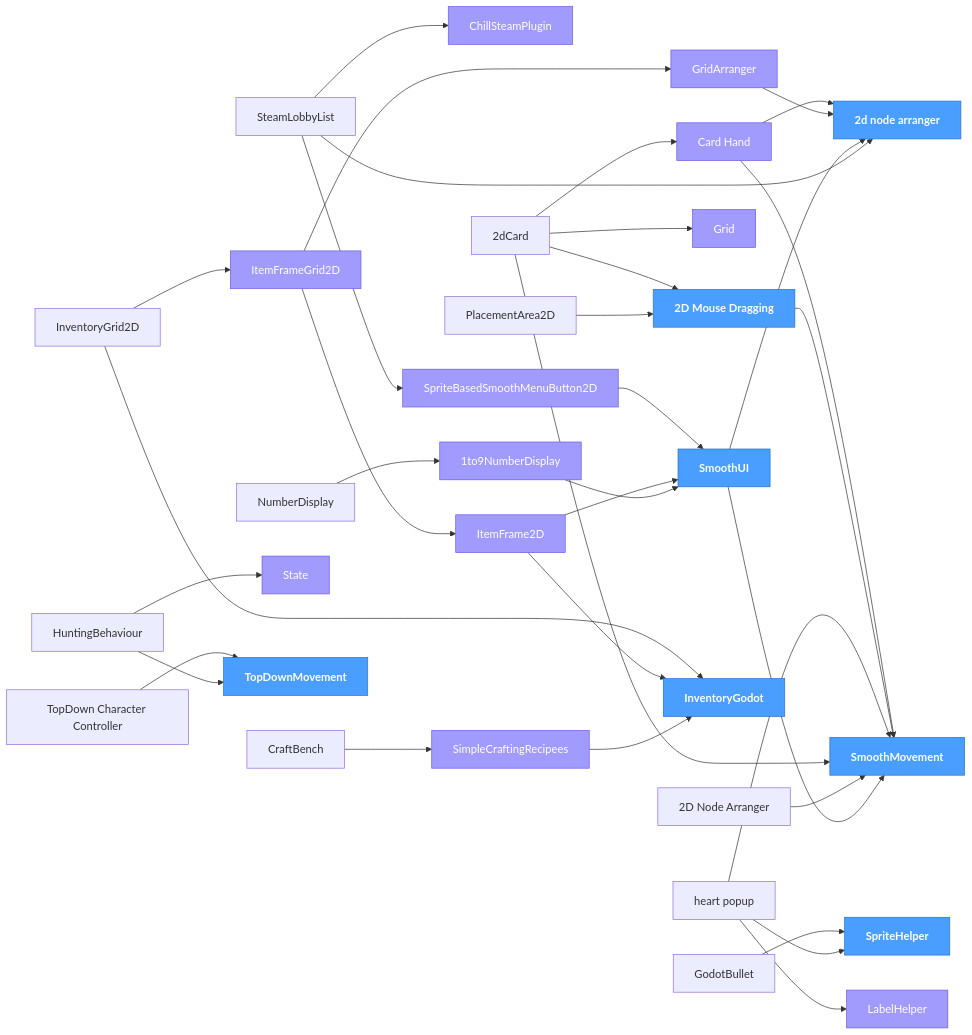
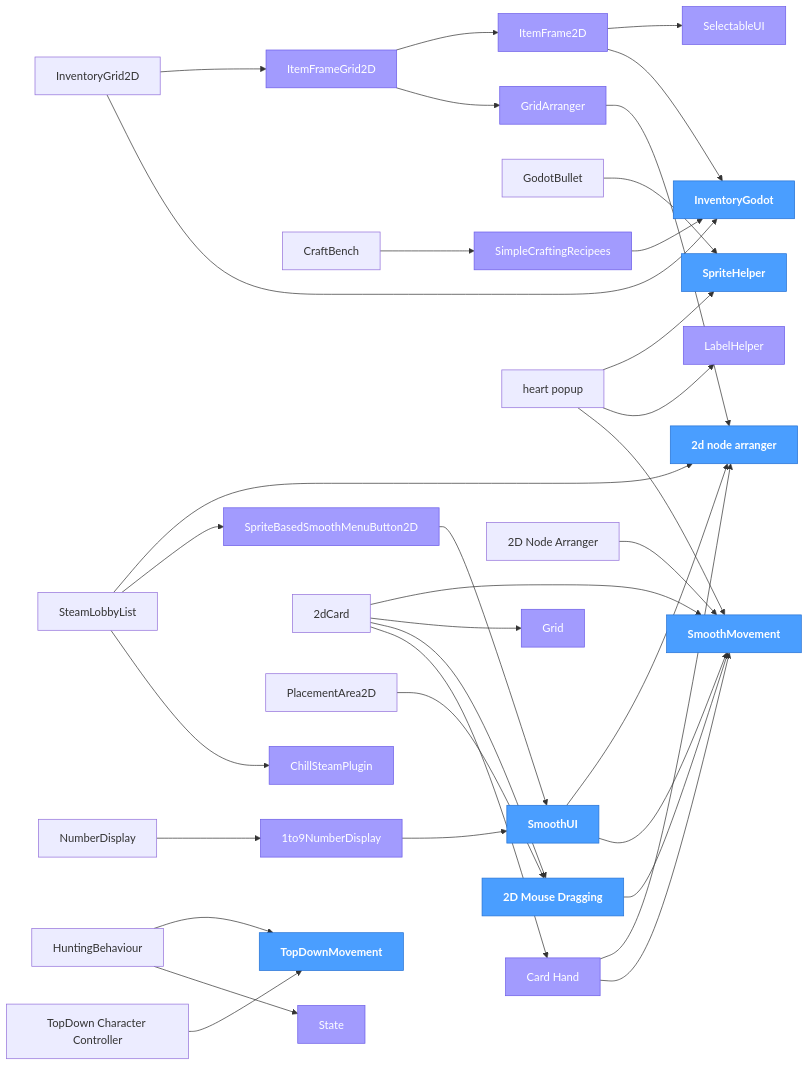
One commit to ChillCube/.github changed the diagram in ADDONS.md. Above: the diagram before and after it, drawn with Mermaid. The commit also changed other lines of this file, not shown here.

Commit message:
registry: update dependency tree

```diff
--- a/ADDONS.md
+++ b/ADDONS.md
@@ -144,6 +145,7 @@
     n_2D_Node_Arranger["2D Node Arranger"]
     NumberDisplay["NumberDisplay"]
     PlacementArea2D["PlacementArea2D"]
+    SelectableUI["SelectableUI"]
     SimpleCraftingRecipees["SimpleCraftingRecipees"]
     SmoothUI["SmoothUI"]
     SpriteHelper["SpriteHelper"]
@@ -167,7 +169,7 @@
     InventoryGrid2D --> InventoryGodot
     InventoryGrid2D --> ItemFrameGrid2D
     ItemFrame2D --> InventoryGodot
-    ItemFrame2D --> SmoothUI
+    ItemFrame2D --> SelectableUI
     ItemFrameGrid2D --> GridArranger
     ItemFrameGrid2D --> ItemFrame2D
     n_1to9NumberDisplay --> SmoothUI
@@ -198,6 +200,7 @@
     class LabelHelper shared
     class n_1to9NumberDisplay shared
     class n_2d_node_arranger core
+    class SelectableUI shared
     class SimpleCraftingRecipees shared
     class SmoothUI core
     class SpriteHelper core
@@ -227,6 +230,7 @@
     click n_2D_Node_Arranger href "https://github.com/ChillCube/2d_node_arranger" _blank
     click NumberDisplay href "https://github.com/ChillCube/NumberDisplay" _blank
     click PlacementArea2D href "https://github.com/ChillCube/PlacementArea2D" _blank
+    click SelectableUI href "https://github.com/ChillCube/SelectableUI" _blank
     click SimpleCraftingRecipees href "https://github.com/ChillCube/SimpleCraftingRecipees" _blank
     click SmoothUI href "https://github.com/ChillCube/SmoothUI" _blank
     click SpriteHelper href "https://github.com/ChillCube/SpriteHelper" _blank
```
